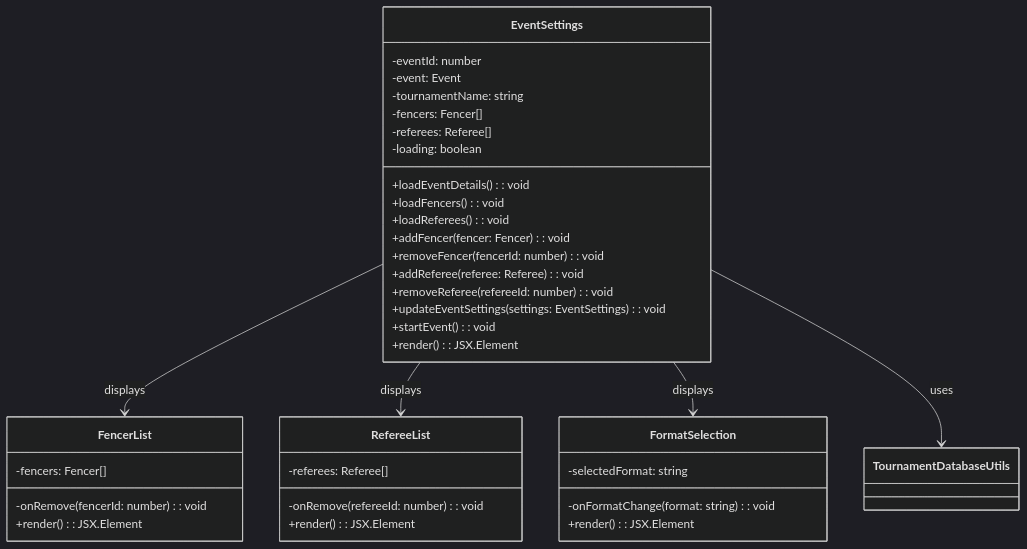
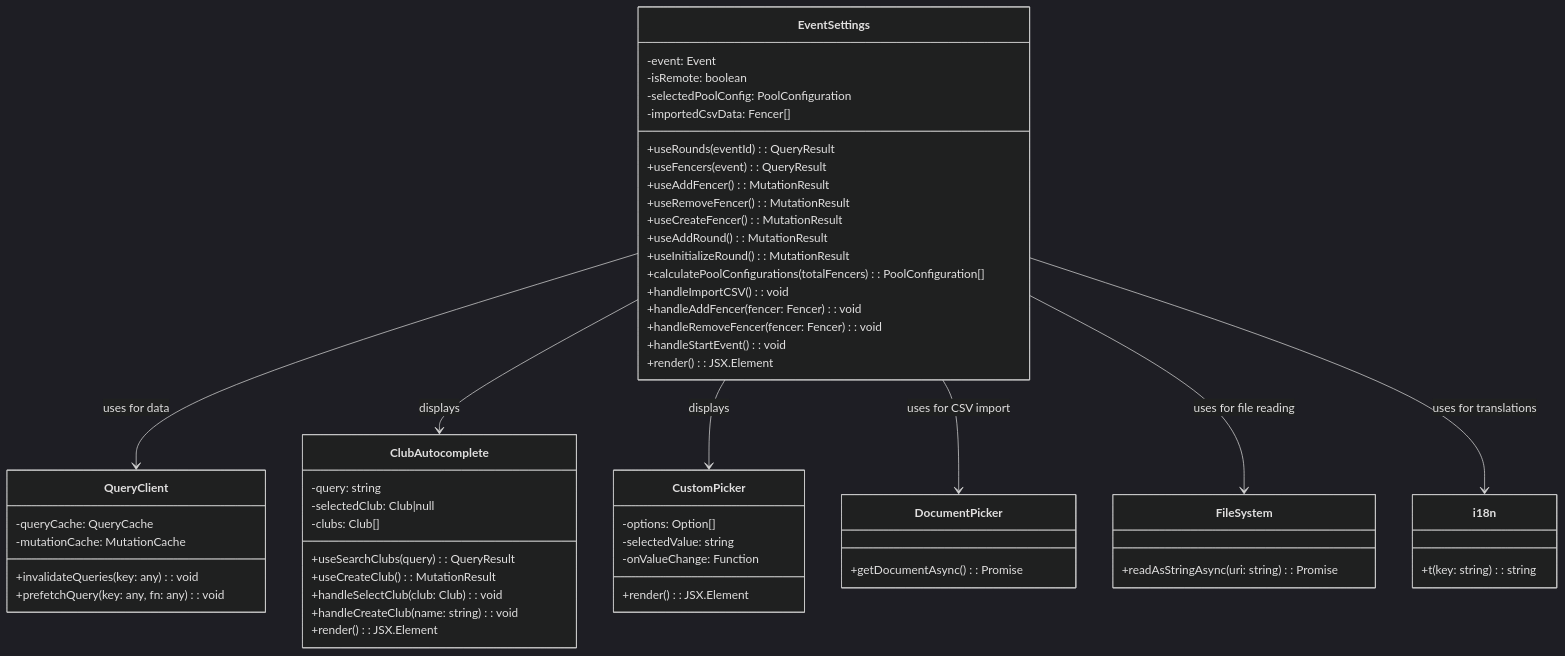
Diagram 26 of 45 in docs/SoftwareDesignDocv2.md (FencingSeniorDesign/client), drawn with Mermaid (dark theme) before and after one commit. The commit also changed other lines of this file and 21 other files, not shown here.

````diff
--- a/docs/SoftwareDesignDocv2.md
+++ b/docs/SoftwareDesignDocv2.md
@@ -1146,44 +1109,66 @@
 ```mermaid
 classDiagram
     class EventSettings {
-        -eventId: number
         -event: Event
-        -tournamentName: string
-        -fencers: Fencer[]
-        -referees: Referee[]
-        -loading: boolean
-        +loadEventDetails(): void
-        +loadFencers(): void
-        +loadReferees(): void
-        +addFencer(fencer: Fencer): void
-        +removeFencer(fencerId: number): void
-        +addReferee(referee: Referee): void
-        +removeReferee(refereeId: number): void
-        +updateEventSettings(settings: EventSettings): void
-        +startEvent(): void
+        -isRemote: boolean
+        -selectedPoolConfig: PoolConfiguration
+        -importedCsvData: Fencer[]
+        +useRounds(eventId): QueryResult
+        +useFencers(event): QueryResult
+        +useAddFencer(): MutationResult
+        +useRemoveFencer(): MutationResult
+        +useCreateFencer(): MutationResult
+        +useAddRound(): MutationResult
+        +useInitializeRound(): MutationResult
+        +calculatePoolConfigurations(totalFencers): PoolConfiguration[]
+        +handleImportCSV(): void
+        +handleAddFencer(fencer: Fencer): void
+        +handleRemoveFencer(fencer: Fencer): void
+        +handleStartEvent(): void
         +render(): JSX.Element
     }
 
-    class FencerList {
-        -fencers: Fencer[]
-        -onRemove(fencerId: number): void
+    class QueryClient {
+        -queryCache: QueryCache
+        -mutationCache: MutationCache
+        +invalidateQueries(key: any): void
+        +prefetchQuery(key: any, fn: any): void
+    }
+
+    class ClubAutocomplete {
+        -query: string
+        -selectedClub: Club|null
+        -clubs: Club[]
+        +useSearchClubs(query): QueryResult
+        +useCreateClub(): MutationResult
+        +handleSelectClub(club: Club): void
+        +handleCreateClub(name: string): void
         +render(): JSX.Element
     }
 
-    class RefereeList {
-        -referees: Referee[]
-        -onRemove(refereeId: number): void
+    class CustomPicker {
+        -options: Option[]
+        -selectedValue: string
+        -onValueChange: Function
         +render(): JSX.Element
     }
 
-    class FormatSelection {
-        -selectedFormat: string
-        -onFormatChange(format: string): void
-        +render(): JSX.Element
+    class DocumentPicker {
+        +getDocumentAsync(): Promise<DocumentResult>
     }
 
-    EventSettings --> FencerList: displays
-    EventSettings --> RefereeList: displays
-    EventSettings --> FormatSelection: displays
-    EventSettings --> TournamentDatabaseUtils: uses
+    class FileSystem {
+        +readAsStringAsync(uri: string): Promise<string>
+    }
+    
+    class i18n {
+        +t(key: string): string
+    }
+
+    EventSettings --> QueryClient: uses for data
+    EventSettings --> ClubAutocomplete: displays
+    EventSettings --> CustomPicker: displays
+    EventSettings --> DocumentPicker: uses for CSV import
+    EventSettings --> FileSystem: uses for file reading
+    EventSettings --> i18n: uses for translations
 ```
````
